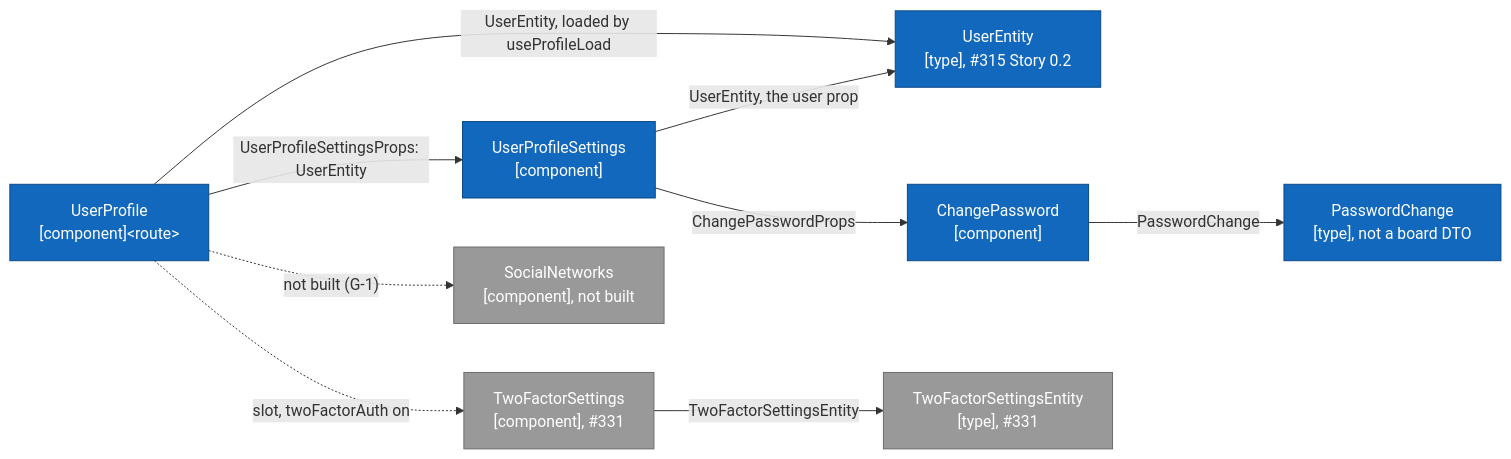
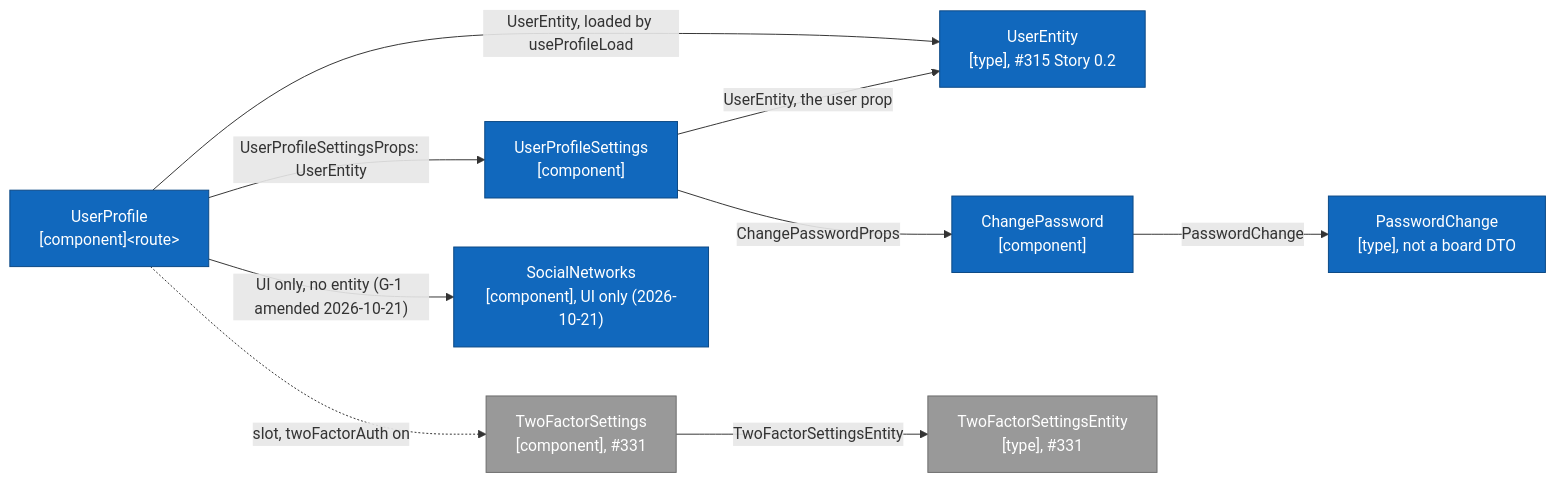
The fourth of 8 diagrams in specs/user-settings/planning-artifacts/architecture-user-settings-2026-10-06.md (VilnaCRM-Org/crm), drawn with Mermaid before and after one commit. The commit also changed other lines of this file and 6 other files, not shown here.

````diff
--- a/specs/user-settings/planning-artifacts/architecture-user-settings-2026-10-06.md
+++ b/specs/user-settings/planning-artifacts/architecture-user-settings-2026-10-06.md
@@ -560,21 +562,21 @@
 ```mermaid
 flowchart LR
   UP["UserProfile<br/>[component]&lt;route&gt;"]:::code
   UE["UserEntity<br/>[type], #315 Story 0.2"]:::code
   UPS["UserProfileSettings<br/>[component]"]:::code
   RP["ChangePassword<br/>[component]"]:::code
   RPD["PasswordChange<br/>[type], not a board DTO"]:::code
   TFS["TwoFactorSettings<br/>[component], #331"]:::external
   TFE["TwoFactorSettingsEntity<br/>[type], #331"]:::external
-  SN["SocialNetworks<br/>[component], not built"]:::external
+  SN["SocialNetworks<br/>[component], UI only (2026-10-21)"]:::code
   UP -->|"UserEntity, loaded by useProfileLoad"| UE
   UP -->|"UserProfileSettingsProps: UserEntity"| UPS
   UP -.->|"slot, twoFactorAuth on"| TFS
-  UP -.->|"not built (G-1)"| SN
+  UP -->|"UI only, no entity (G-1 amended 2026-10-21)"| SN
   UPS -->|"UserEntity, the user prop"| UE
   UPS -->|"ChangePasswordProps"| RP
   RP -->|"PasswordChange"| RPD
   TFS -->|"TwoFactorSettingsEntity"| TFE
   classDef code fill:#1168BD,stroke:#0B4884,color:#fff;
   classDef external fill:#999999,stroke:#6B6B6B,color:#fff;
 ```
````
